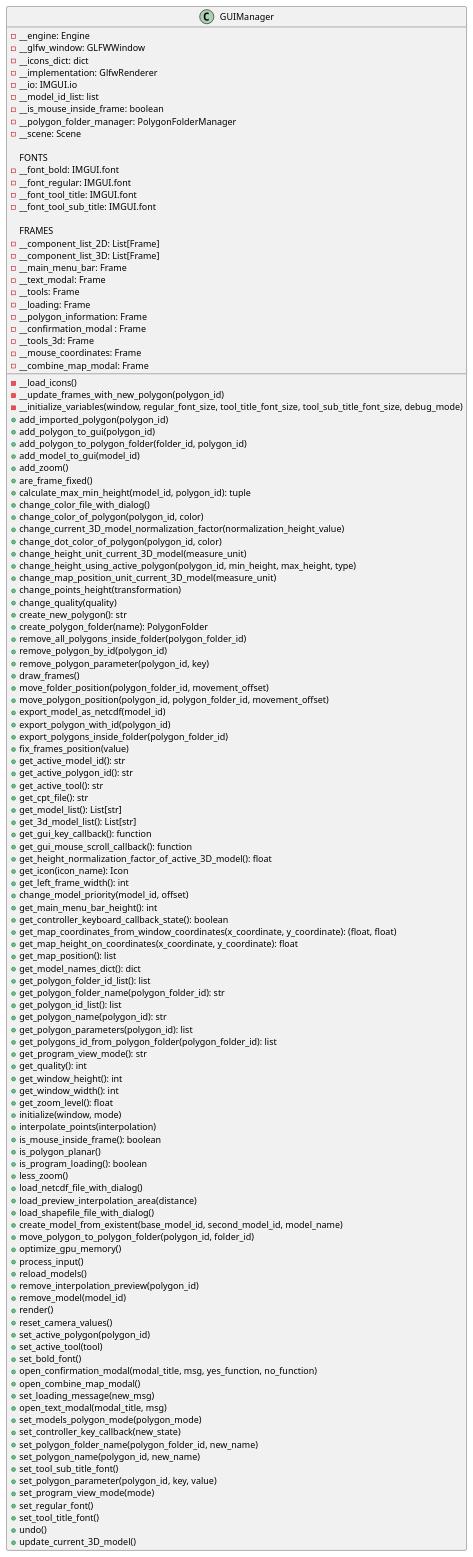
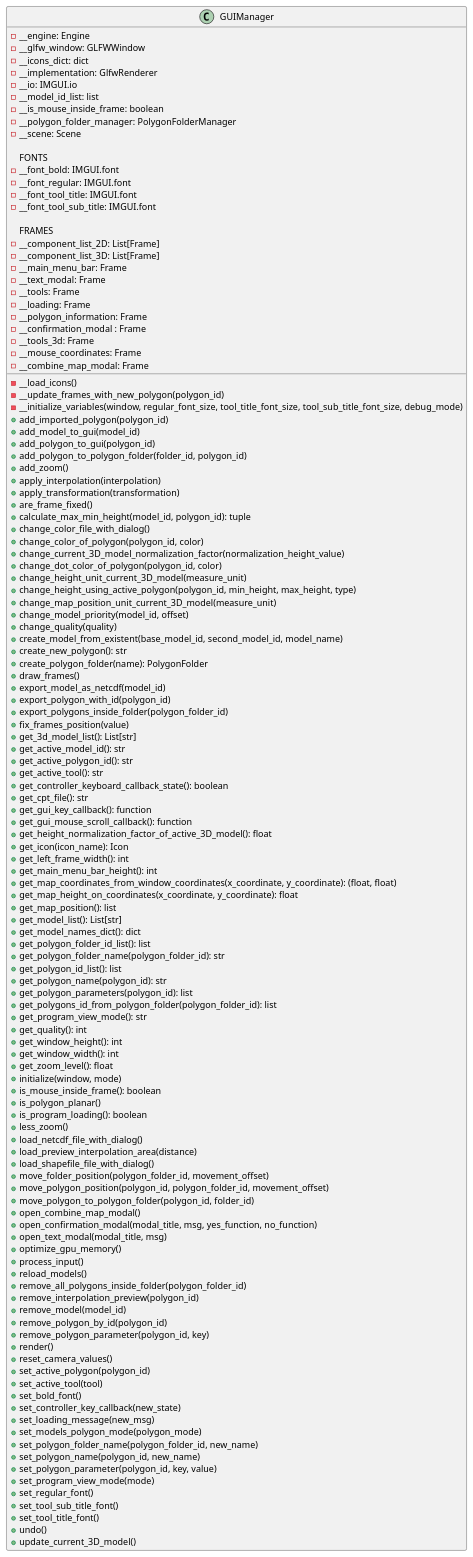
The diagram in docs/classes/GUIManager.puml (ferpoble2/Relief_Creator), drawn with PlantUML before and after one commit. The commit also changed 16 other files, not shown here.

```diff
--- a/docs/classes/GUIManager.puml
+++ b/docs/classes/GUIManager.puml
@@ -1,130 +1,130 @@
 @startuml
 'https://plantuml.com/class-diagram
 class GUIManager{
     - __engine: Engine
     - __glfw_window: GLFWWindow
     - __icons_dict: dict
     - __implementation: GlfwRenderer
     - __io: IMGUI.io
     - __model_id_list: list
     - __is_mouse_inside_frame: boolean
     - __polygon_folder_manager: PolygonFolderManager
     - __scene: Scene
 
     FONTS
     - __font_bold: IMGUI.font
     - __font_regular: IMGUI.font
     - __font_tool_title: IMGUI.font
     - __font_tool_sub_title: IMGUI.font
 
     FRAMES
     - __component_list_2D: List[Frame]
     - __component_list_3D: List[Frame]
     - __main_menu_bar: Frame
     - __text_modal: Frame
     - __tools: Frame
     - __loading: Frame
     - __polygon_information: Frame
     - __confirmation_modal : Frame
     - __tools_3d: Frame
     - __mouse_coordinates: Frame
     - __combine_map_modal: Frame
 
     - __load_icons()
     - __update_frames_with_new_polygon(polygon_id)
     - __initialize_variables(window, regular_font_size, tool_title_font_size, tool_sub_title_font_size, debug_mode)
     + add_imported_polygon(polygon_id)
+    + add_model_to_gui(model_id)
     + add_polygon_to_gui(polygon_id)
     + add_polygon_to_polygon_folder(folder_id, polygon_id)
-    + add_model_to_gui(model_id)
     + add_zoom()
+    + apply_interpolation(interpolation)
+    + apply_transformation(transformation)
     + are_frame_fixed()
     + calculate_max_min_height(model_id, polygon_id): tuple
     + change_color_file_with_dialog()
     + change_color_of_polygon(polygon_id, color)
     + change_current_3D_model_normalization_factor(normalization_height_value)
     + change_dot_color_of_polygon(polygon_id, color)
     + change_height_unit_current_3D_model(measure_unit)
     + change_height_using_active_polygon(polygon_id, min_height, max_height, type)
     + change_map_position_unit_current_3D_model(measure_unit)
-    + change_points_height(transformation)
+    + change_model_priority(model_id, offset)
     + change_quality(quality)
+    + create_model_from_existent(base_model_id, second_model_id, model_name)
     + create_new_polygon(): str
     + create_polygon_folder(name): PolygonFolder
-    + remove_all_polygons_inside_folder(polygon_folder_id)
-    + remove_polygon_by_id(polygon_id)
-    + remove_polygon_parameter(polygon_id, key)
     + draw_frames()
-    + move_folder_position(polygon_folder_id, movement_offset)
-    + move_polygon_position(polygon_id, polygon_folder_id, movement_offset)
     + export_model_as_netcdf(model_id)
     + export_polygon_with_id(polygon_id)
     + export_polygons_inside_folder(polygon_folder_id)
     + fix_frames_position(value)
+    + get_3d_model_list(): List[str]
     + get_active_model_id(): str
     + get_active_polygon_id(): str
     + get_active_tool(): str
+    + get_controller_keyboard_callback_state(): boolean
     + get_cpt_file(): str
-    + get_model_list(): List[str]
-    + get_3d_model_list(): List[str]
     + get_gui_key_callback(): function
     + get_gui_mouse_scroll_callback(): function
     + get_height_normalization_factor_of_active_3D_model(): float
     + get_icon(icon_name): Icon
     + get_left_frame_width(): int
-    + change_model_priority(model_id, offset)
     + get_main_menu_bar_height(): int
-    + get_controller_keyboard_callback_state(): boolean
     + get_map_coordinates_from_window_coordinates(x_coordinate, y_coordinate): (float, float)
     + get_map_height_on_coordinates(x_coordinate, y_coordinate): float
     + get_map_position(): list
+    + get_model_list(): List[str]
     + get_model_names_dict(): dict
     + get_polygon_folder_id_list(): list
     + get_polygon_folder_name(polygon_folder_id): str
     + get_polygon_id_list(): list
     + get_polygon_name(polygon_id): str
     + get_polygon_parameters(polygon_id): list
     + get_polygons_id_from_polygon_folder(polygon_folder_id): list
     + get_program_view_mode(): str
     + get_quality(): int
     + get_window_height(): int
     + get_window_width(): int
     + get_zoom_level(): float
     + initialize(window, mode)
-    + interpolate_points(interpolation)
     + is_mouse_inside_frame(): boolean
     + is_polygon_planar()
     + is_program_loading(): boolean
     + less_zoom()
     + load_netcdf_file_with_dialog()
     + load_preview_interpolation_area(distance)
     + load_shapefile_file_with_dialog()
-    + create_model_from_existent(base_model_id, second_model_id, model_name)
+    + move_folder_position(polygon_folder_id, movement_offset)
+    + move_polygon_position(polygon_id, polygon_folder_id, movement_offset)
     + move_polygon_to_polygon_folder(polygon_id, folder_id)
+    + open_combine_map_modal()
+    + open_confirmation_modal(modal_title, msg, yes_function, no_function)
+    + open_text_modal(modal_title, msg)
     + optimize_gpu_memory()
     + process_input()
     + reload_models()
+    + remove_all_polygons_inside_folder(polygon_folder_id)
     + remove_interpolation_preview(polygon_id)
     + remove_model(model_id)
+    + remove_polygon_by_id(polygon_id)
+    + remove_polygon_parameter(polygon_id, key)
     + render()
     + reset_camera_values()
     + set_active_polygon(polygon_id)
     + set_active_tool(tool)
     + set_bold_font()
-    + open_confirmation_modal(modal_title, msg, yes_function, no_function)
-    + open_combine_map_modal()
+    + set_controller_key_callback(new_state)
     + set_loading_message(new_msg)
-    + open_text_modal(modal_title, msg)
     + set_models_polygon_mode(polygon_mode)
-    + set_controller_key_callback(new_state)
     + set_polygon_folder_name(polygon_folder_id, new_name)
     + set_polygon_name(polygon_id, new_name)
-    + set_tool_sub_title_font()
     + set_polygon_parameter(polygon_id, key, value)
     + set_program_view_mode(mode)
     + set_regular_font()
+    + set_tool_sub_title_font()
     + set_tool_title_font()
     + undo()
     + update_current_3D_model()
 }
 @enduml
```
